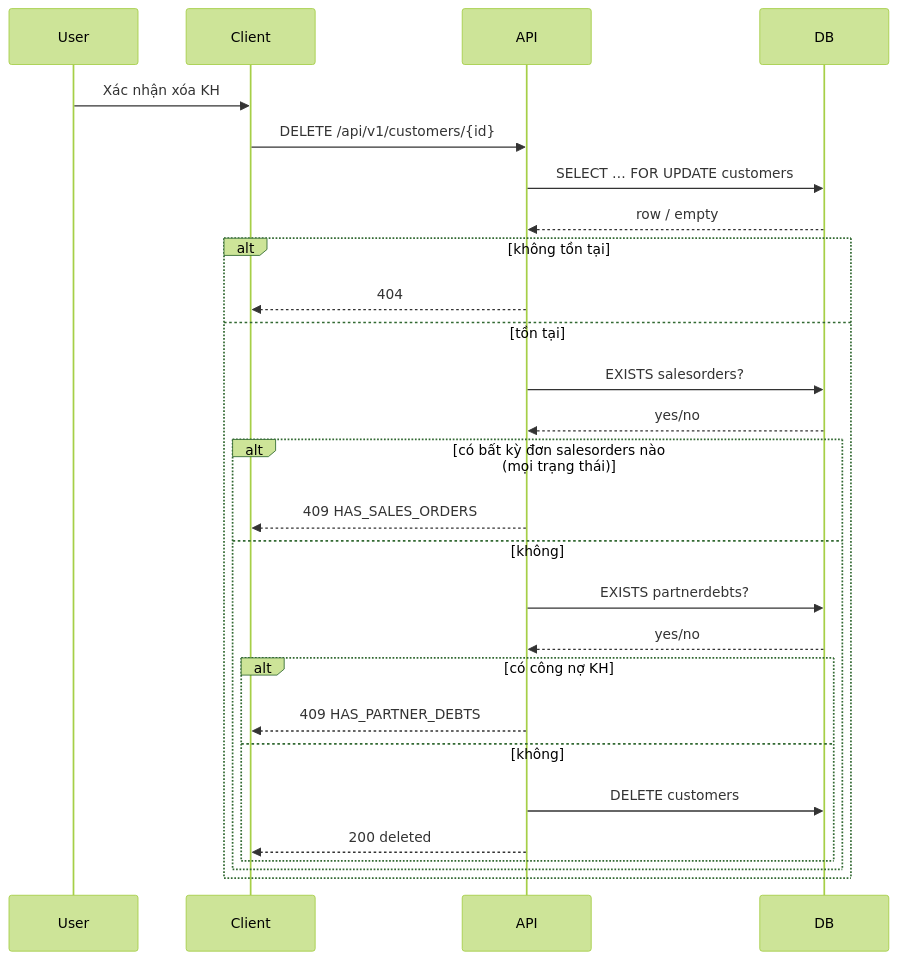
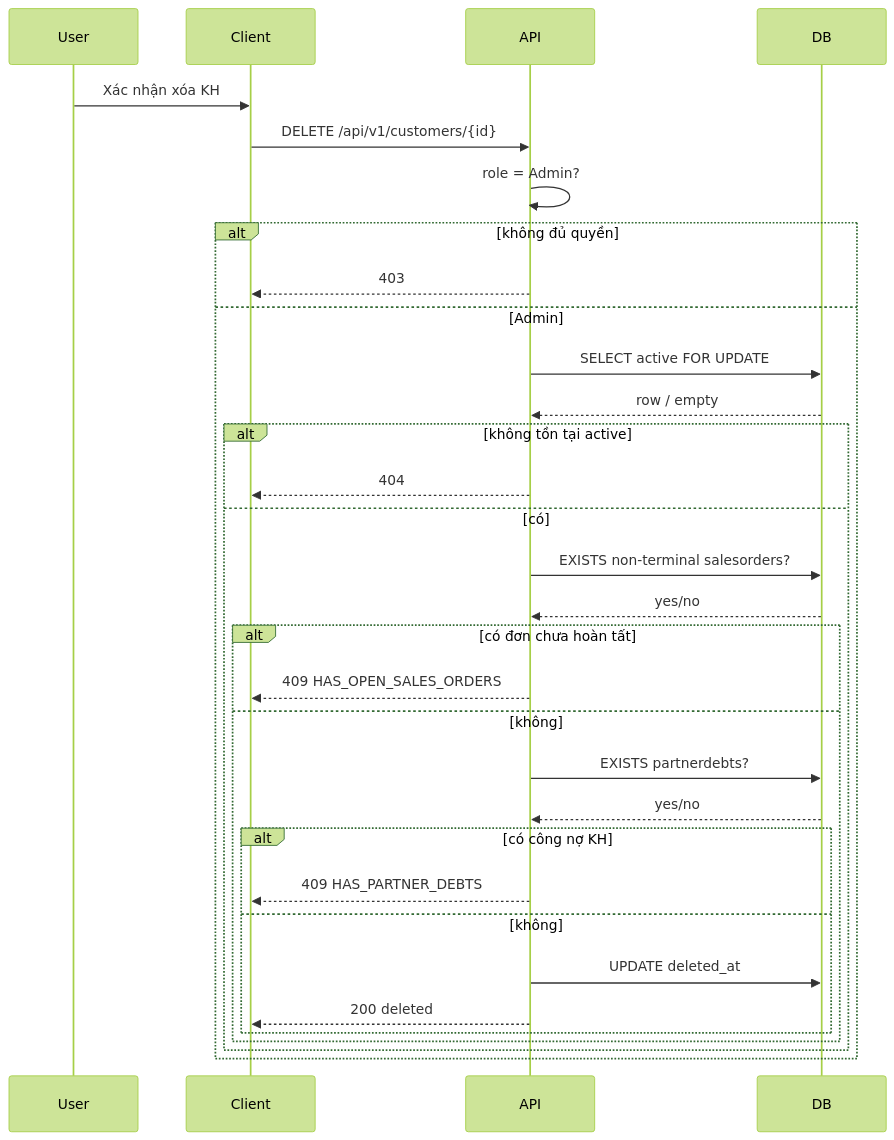
The diagram in backend/docs/srs/SRS_Task048-053_customers-management.md (datqn123/Smart-ERP), drawn with Mermaid (forest theme) before and after one commit. The commit also changed other lines of this file and 42 other files, not shown here.

````diff
--- a/backend/docs/srs/SRS_Task048-053_customers-management.md
+++ b/backend/docs/srs/SRS_Task048-053_customers-management.md
@@ -180,29 +203,34 @@
 ```mermaid
 sequenceDiagram
   participant U as User
   participant C as Client
   participant A as API
   participant D as DB
   U->>C: Xác nhận xóa KH
   C->>A: DELETE /api/v1/customers/{id}
-  A->>D: SELECT … FOR UPDATE customers
-  D-->>A: row / empty
-  alt không tồn tại
-    A-->>C: 404
-  else tồn tại
-    A->>D: EXISTS salesorders?
-    D-->>A: yes/no
-    alt có bất kỳ đơn salesorders nào (mọi trạng thái)
-      A-->>C: 409 HAS_SALES_ORDERS
-    else không
-      A->>D: EXISTS partnerdebts?
+  A->>A: role = Admin?
+  alt không đủ quyền
+    A-->>C: 403
+  else Admin
+    A->>D: SELECT active FOR UPDATE
+    D-->>A: row / empty
+    alt không tồn tại active
+      A-->>C: 404
+    else có
+      A->>D: EXISTS non-terminal salesorders?
       D-->>A: yes/no
-      alt có công nợ KH
-        A-->>C: 409 HAS_PARTNER_DEBTS
+      alt có đơn chưa hoàn tất
+        A-->>C: 409 HAS_OPEN_SALES_ORDERS
       else không
-        A->>D: DELETE customers
-        A-->>C: 200 deleted
+        A->>D: EXISTS partnerdebts?
+        D-->>A: yes/no
+        alt có công nợ KH
+          A-->>C: 409 HAS_PARTNER_DEBTS
+        else không
+          A->>D: UPDATE deleted_at
+          A-->>C: 200 deleted
+        end
       end
     end
   end
 ```
````
